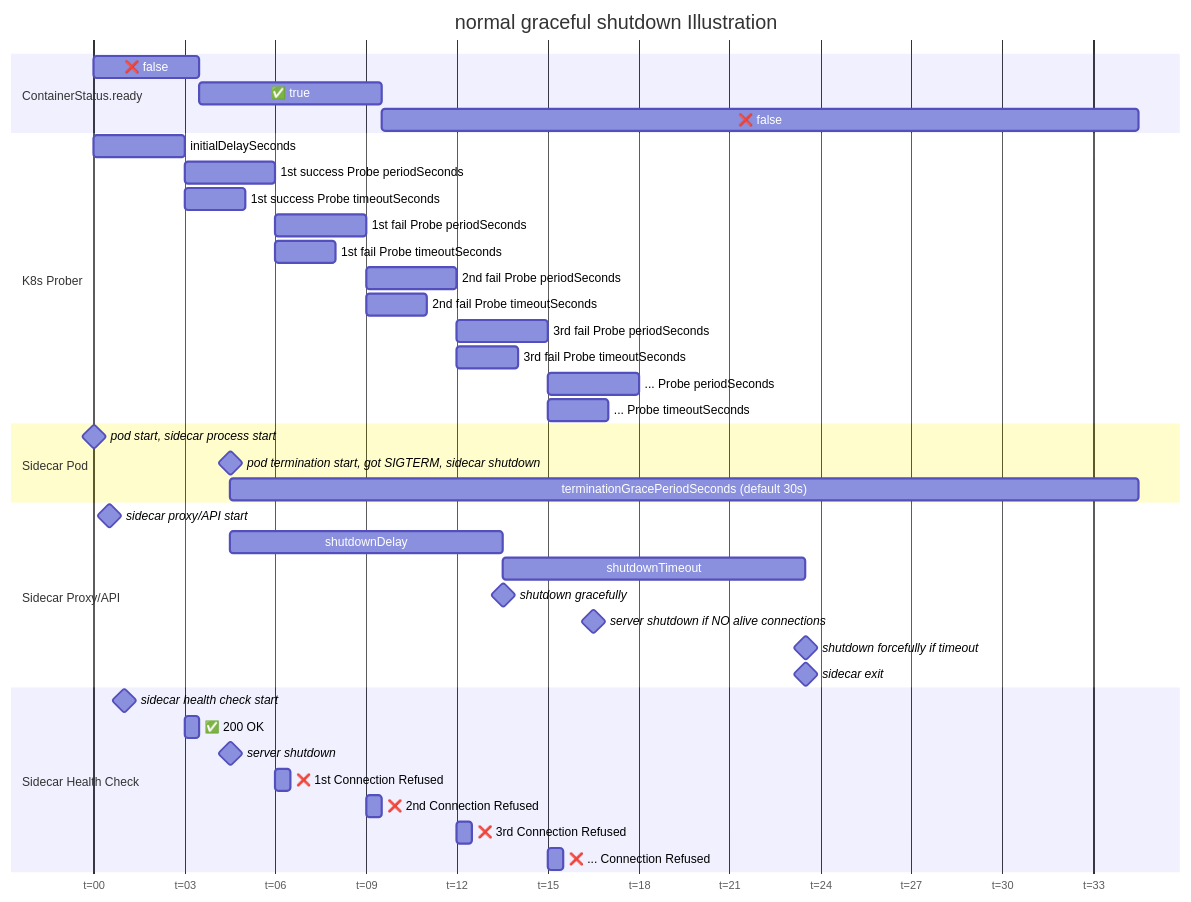
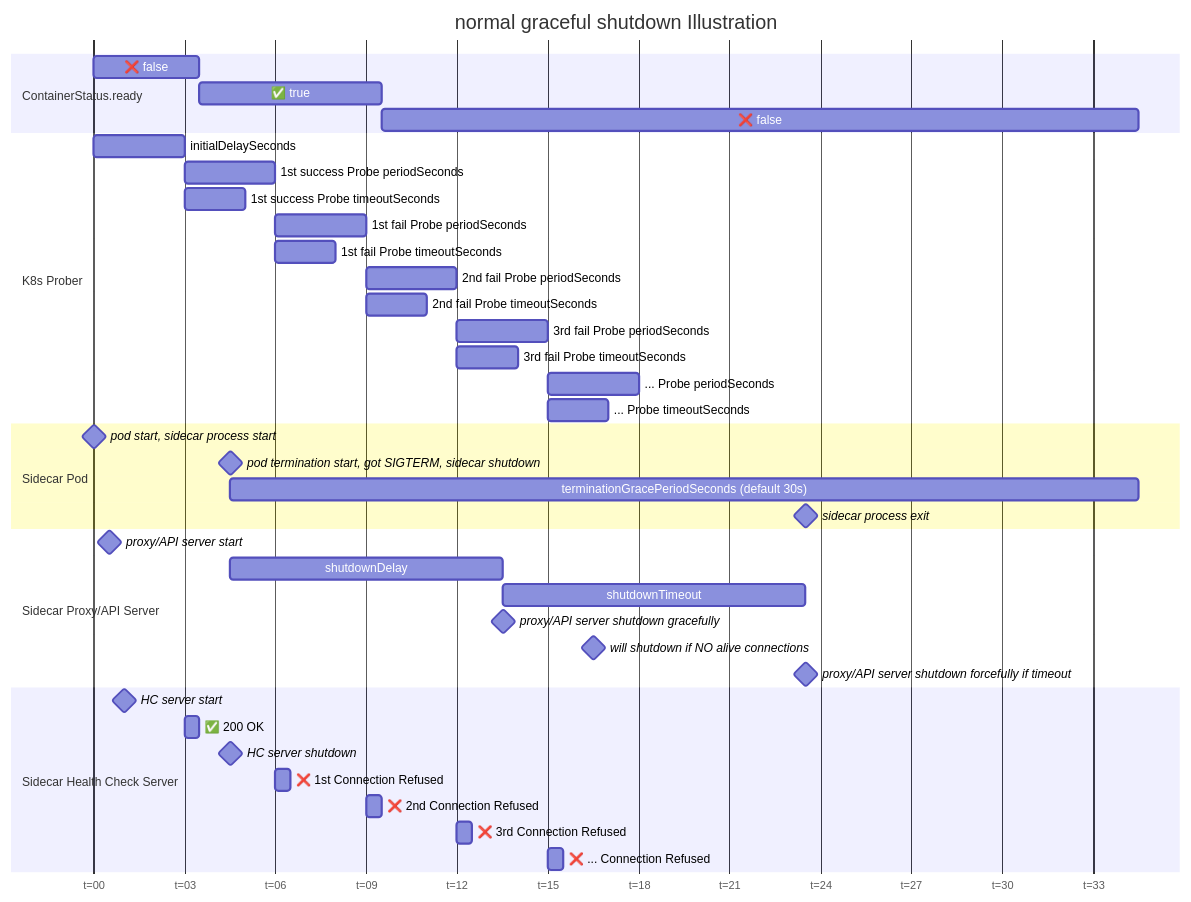
One commit to AthenZ/authorization-proxy changed the diagram in docs/graceful-shutdown.md. Above: the diagram before and after it, drawn with Mermaid.

````diff
--- a/docs/graceful-shutdown.md
+++ b/docs/graceful-shutdown.md
@@ -68,48 +68,48 @@
 ```mermaid
 gantt
     title normal graceful shutdown Illustration
     dateFormat  mm:ss.SSS
     axisFormat t=%S
     tickInterval 3second
 
     section ContainerStatus.ready
     ❌ false: 00:00.000, 3500ms
     ✅ true: 00:03.500, 6s
     ❌ false: 00:09.500, 25s
     
     section K8s Prober
     initialDelaySeconds: 00:00.000, 3s
     1st success Probe periodSeconds: 00:03.000, 3s
     1st success Probe timeoutSeconds: 00:03.000, 2s
     1st fail Probe periodSeconds: 00:06.000, 3s
     1st fail Probe timeoutSeconds: 00:06.000, 2s
     2nd fail Probe periodSeconds: 00:09.000, 3s
     2nd fail Probe timeoutSeconds: 00:09.000, 2s
     3rd fail Probe periodSeconds: 00:12.000, 3s
     3rd fail Probe timeoutSeconds: 00:12.000, 2s
     ... Probe periodSeconds: 00:15.000, 3s
     ... Probe timeoutSeconds: 00:15.000, 2s
     
     section Sidecar Pod
     pod start, sidecar process start: milestone, 00:00.000, 30ms
     pod termination start, got SIGTERM, sidecar shutdown: milestone, 00:04.500, 30ms
     terminationGracePeriodSeconds (default 30s): 00:04.500, 30s
+    sidecar process exit: milestone, 00:23.500, 30ms
 
-    section Sidecar Proxy/API
-    sidecar proxy/API start: milestone, 00:00.500, 30ms
+    section Sidecar Proxy/API Server
+    proxy/API server start: milestone, 00:00.500, 30ms
     shutdownDelay: 00:04.500, 9s
     shutdownTimeout: 00:13.500, 10s
-    shutdown gracefully: milestone, 00:13.500, 30ms
-    server shutdown if NO alive connections: milestone, 00:16.500, 30ms
-    shutdown forcefully if timeout: milestone, 00:23.500, 30ms
-    sidecar exit: milestone, 00:23.500, 30ms
+    proxy/API server shutdown gracefully: milestone, 00:13.500, 30ms
+    will shutdown if NO alive connections: milestone, 00:16.500, 30ms
+    proxy/API server shutdown forcefully if timeout: milestone, 00:23.500, 30ms
 
-    section Sidecar Health Check
-    sidecar health check start: milestone, 00:01.000, 30ms
+    section Sidecar Health Check Server
+    HC server start: milestone, 00:01.000, 30ms
     ✅ 200 OK: 00:03.000, 500ms
-    server shutdown: milestone, 00:04.500, 30ms
+    HC server shutdown: milestone, 00:04.500, 30ms
     ❌ 1st Connection Refused: 00:06.000, 500ms
     ❌ 2nd Connection Refused: 00:09.000, 500ms
     ❌ 3rd Connection Refused: 00:12.000, 500ms
     ❌ ... Connection Refused: 00:15.000, 500ms
 ```
````
